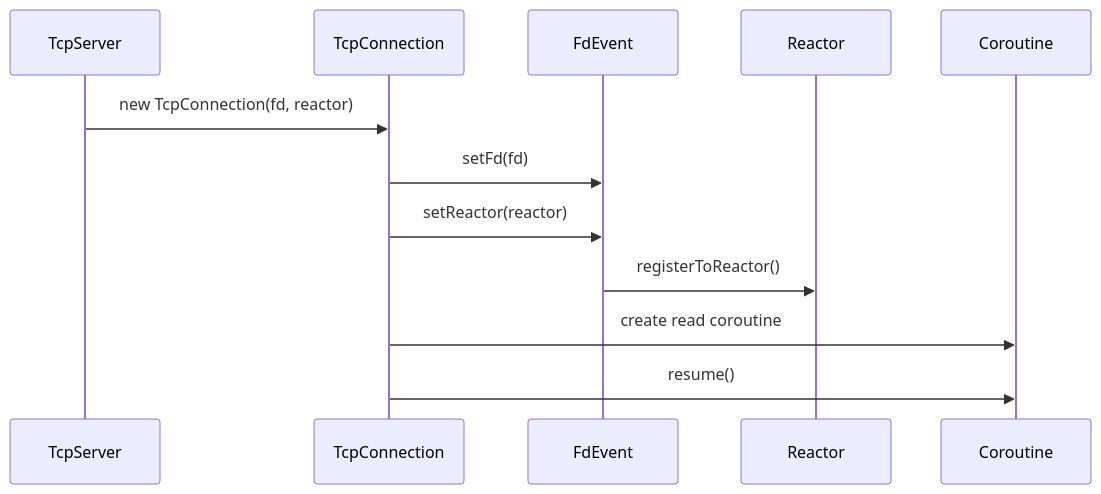
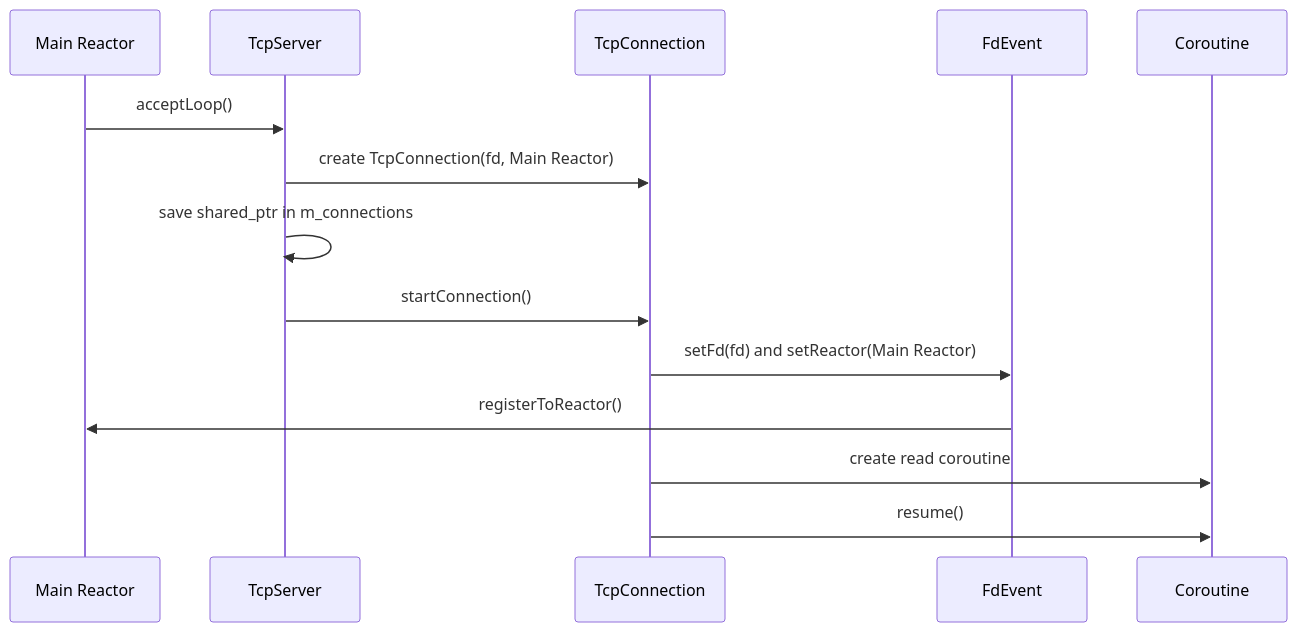
Before and after one commit to echo9923/rpc: the first of 5 diagrams in docs/tcpconnection-lifetime.md, drawn with Mermaid. The commit also changed other lines of this file and 2 other files, not shown here.

Commit message:
docs(tcp): 任务五十七已完成 明确连接所有权和状态机

````diff
--- a/docs/tcpconnection-lifetime.md
+++ b/docs/tcpconnection-lifetime.md
@@ -14,15 +26,17 @@
 ```mermaid
 sequenceDiagram
+    participant Main as Main Reactor
     participant Server as TcpServer
-    participant Connection as TcpConnection
+    participant Conn as TcpConnection
     participant Event as FdEvent
-    participant Reactor as Reactor
     participant Coroutine as Coroutine
 
-    Server->>Connection: new TcpConnection(fd, reactor)
-    Connection->>Event: setFd(fd)
-    Connection->>Event: setReactor(reactor)
-    Event->>Reactor: registerToReactor()
-    Connection->>Coroutine: create read coroutine
-    Connection->>Coroutine: resume()
+    Main->>Server: acceptLoop()
+    Server->>Conn: create TcpConnection(fd, Main Reactor)
+    Server->>Server: save shared_ptr in m_connections
+    Server->>Conn: startConnection()
+    Conn->>Event: setFd(fd) and setReactor(Main Reactor)
+    Event->>Main: registerToReactor()
+    Conn->>Coroutine: create read coroutine
+    Conn->>Coroutine: resume()
 ```
````
